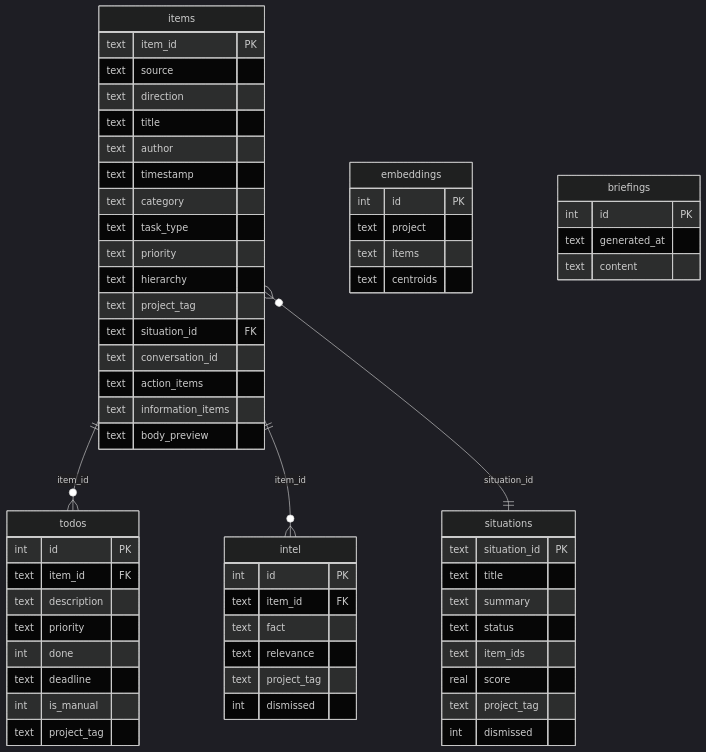
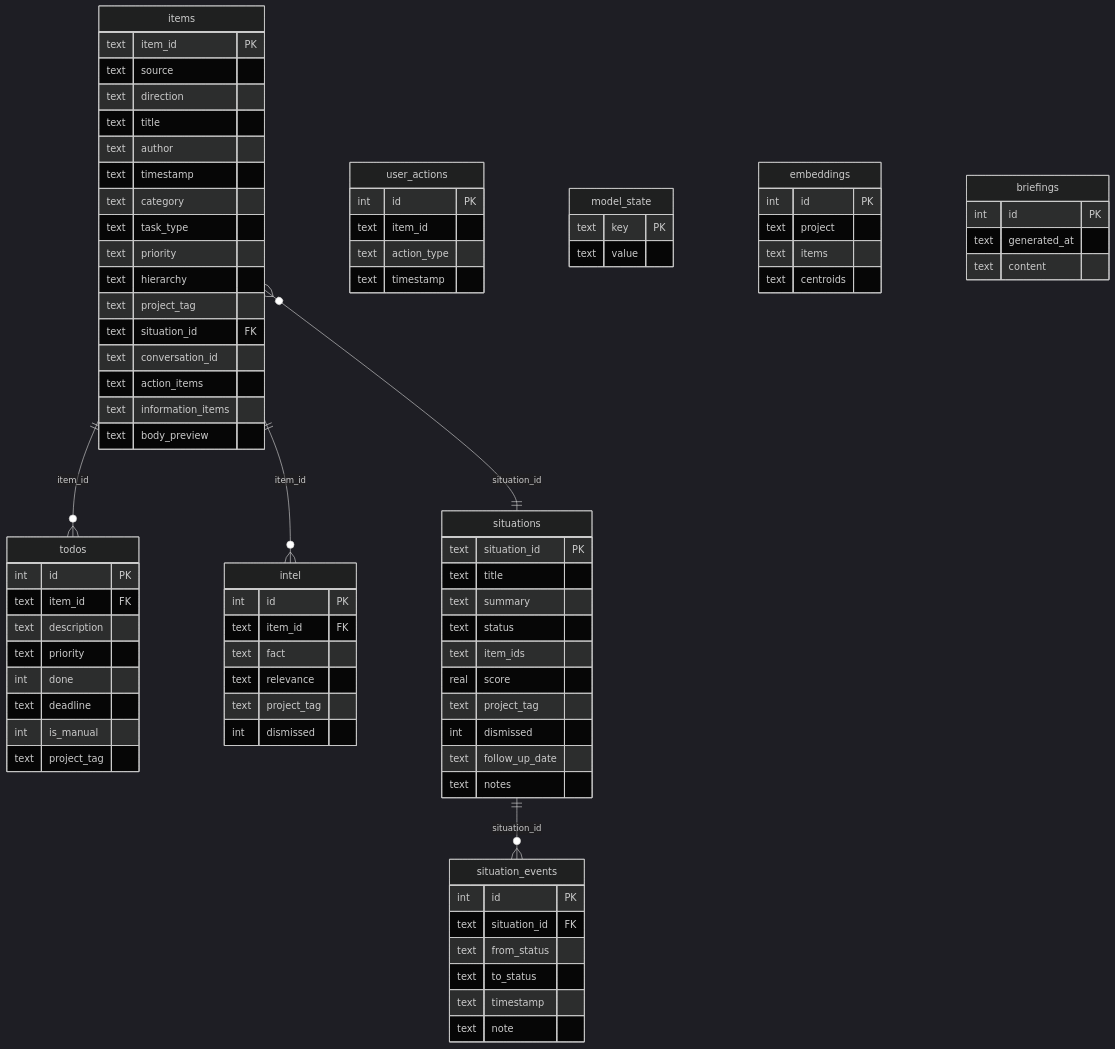
One commit to rcanterberryhall/hexcaliper-squire changed the eighth of 10 diagrams in DESIGN.md. Above: the diagram before and after it, drawn with Mermaid (dark theme). The commit also changed other lines of this file and 3 other files, not shown here.

````diff
--- a/DESIGN.md
+++ b/DESIGN.md
@@ -347,6 +363,29 @@
         real score
         text project_tag
         int  dismissed
+        text follow_up_date
+        text notes
+    }
+
+    situation_events {
+        int  id PK
+        text situation_id FK
+        text from_status
+        text to_status
+        text timestamp
+        text note
+    }
+
+    user_actions {
+        int  id PK
+        text item_id
+        text action_type
+        text timestamp
+    }
+
+    model_state {
+        text key PK
+        text value
     }
 
     embeddings {
@@ -365,4 +404,5 @@
     items ||--o{ todos : "item_id"
     items ||--o{ intel : "item_id"
     items }o--|| situations : "situation_id"
+    situations ||--o{ situation_events : "situation_id"
 ```
````
